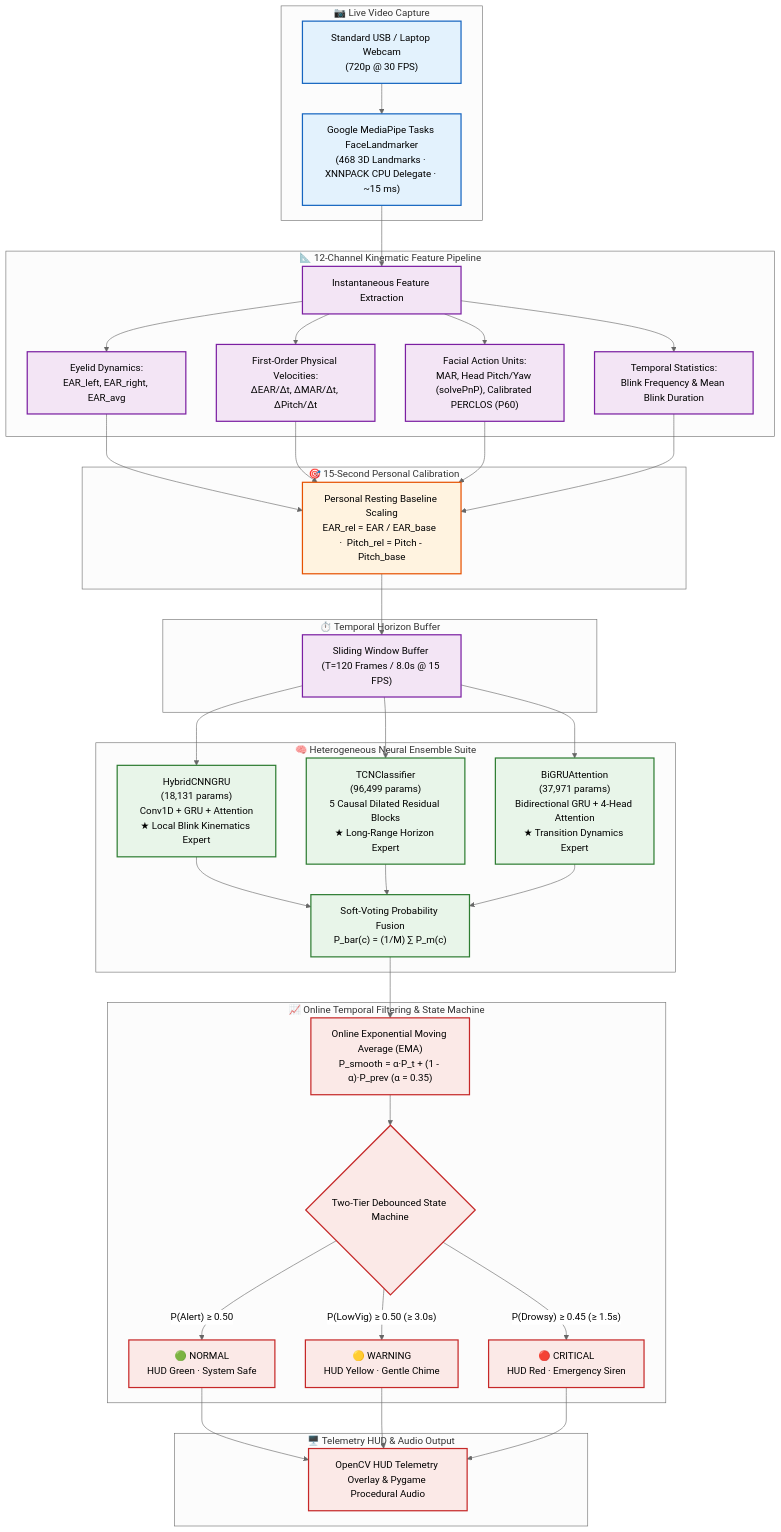
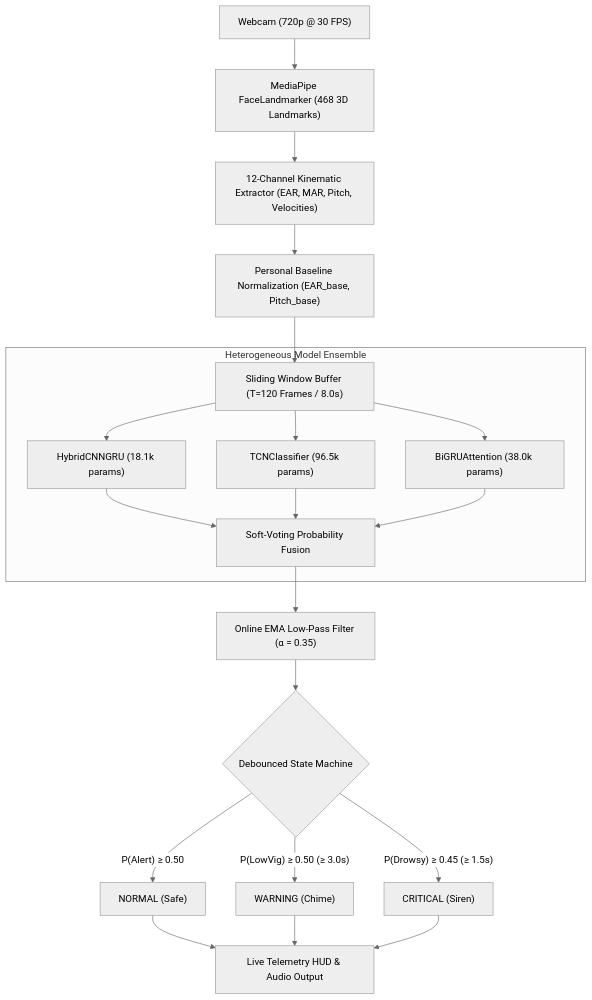
One commit to zoro1126/ALERT changed the first of 3 diagrams in README.md. Above: the diagram before and after it, drawn with Mermaid (neutral theme). The commit also changed other lines of this file, not shown here.

Commit message:
style(readme): simplify mermaid diagrams and remove custom colors

````diff
--- a/README.md
+++ b/README.md
@@ -66,53 +66,23 @@
 ```mermaid
 flowchart TD
-    subgraph SENSOR [" 📷 Live Video Capture "]
-        CAM["Standard USB / Laptop Webcam<br>(720p @ 30 FPS)"] --> MP["Google MediaPipe Tasks FaceLandmarker<br>(468 3D Landmarks · XNNPACK CPU Delegate · ~15 ms)"]
+    CAM["Webcam (720p @ 30 FPS)"] --> MP["MediaPipe FaceLandmarker (468 3D Landmarks)"]
+    MP --> FEAT["12-Channel Kinematic Extractor (EAR, MAR, Pitch, Velocities)"]
+    FEAT --> CAL["Personal Baseline Normalization (EAR_base, Pitch_base)"]
+    CAL --> BUF["Sliding Window Buffer (T=120 Frames / 8.0s)"]
+    
+    subgraph Ensemble ["Heterogeneous Model Ensemble"]
+        BUF --> M1["HybridCNNGRU (18.1k params)"]
+        BUF --> M2["TCNClassifier (96.5k params)"]
+        BUF --> M3["BiGRUAttention (38.0k params)"]
+        M1 & M2 & M3 --> FUSE["Soft-Voting Probability Fusion"]
     end
-
-    subgraph KINEMATICS [" 📐 12-Channel Kinematic Feature Pipeline "]
-        MP --> FEAT["Instantaneous Feature Extraction"]
-        FEAT --> K1["Eyelid Dynamics:<br>EAR_left, EAR_right, EAR_avg"]
-        FEAT --> K2["First-Order Physical Velocities:<br>ΔEAR/Δt, ΔMAR/Δt, ΔPitch/Δt"]
-        FEAT --> K3["Facial Action Units:<br>MAR, Head Pitch/Yaw (solvePnP), Calibrated PERCLOS (P60)"]
-        FEAT --> K4["Temporal Statistics:<br>Blink Frequency & Mean Blink Duration"]
-    end
-
-    subgraph CALIB [" 🎯 15-Second Personal Calibration "]
-        K1 & K2 & K3 & K4 --> NORM["Personal Resting Baseline Scaling<br>EAR_rel = EAR / EAR_base  ·  Pitch_rel = Pitch - Pitch_base"]
-    end
-
-    subgraph BUFFER [" ⏱️ Temporal Horizon Buffer "]
-        NORM --> BUF["Sliding Window Buffer (T=120 Frames / 8.0s @ 15 FPS)"]
-    end
-
-    subgraph ENSEMBLE [" 🧠 Heterogeneous Neural Ensemble Suite "]
-        BUF --> M1["HybridCNNGRU<br>(18,131 params)<br>Conv1D + GRU + Attention<br>★ Local Blink Kinematics Expert"]
-        BUF --> M2["TCNClassifier<br>(96,499 params)<br>5 Causal Dilated Residual Blocks<br>★ Long-Range Horizon Expert"]
-        BUF --> M3["BiGRUAttention<br>(37,971 params)<br>Bidirectional GRU + 4-Head Attention<br>★ Transition Dynamics Expert"]
-        M1 & M2 & M3 --> FUSE["Soft-Voting Probability Fusion<br>P_bar(c) = (1/M) ∑ P_m(c)"]
-    end
-
-    subgraph FILTER [" 📈 Online Temporal Filtering & State Machine "]
-        FUSE --> EMA["Online Exponential Moving Average (EMA)<br>P_smooth = α·P_t + (1 - α)·P_prev (α = 0.35)"]
-        EMA --> SM{"Two-Tier Debounced State Machine"}
-        SM -->|"P(Alert) ≥ 0.50"| ST1["🟢 NORMAL<br>HUD Green · System Safe"]
-        SM -->|"P(LowVig) ≥ 0.50 (≥ 3.0s)"| ST2["🟡 WARNING<br>HUD Yellow · Gentle Chime"]
-        SM -->|"P(Drowsy) ≥ 0.45 (≥ 1.5s)"| ST3["🔴 CRITICAL<br>HUD Red · Emergency Siren"]
-    end
-
-    subgraph OUTPUT [" 🖥️ Telemetry HUD & Audio Output "]
-        ST1 & ST2 & ST3 --> HUD["OpenCV HUD Telemetry Overlay & Pygame Procedural Audio"]
-    end
-
-    classDef sensor fill:#e3f2fd,stroke:#1565c0,stroke-width:2px;
-    classDef feature fill:#f3e5f5,stroke:#7b1fa2,stroke-width:2px;
-    classDef calib fill:#fff3e0,stroke:#e65100,stroke-width:2px;
-    classDef ensemble fill:#e8f5e9,stroke:#2e7d32,stroke-width:2px;
-    classDef state fill:#fbe9e7,stroke:#c62828,stroke-width:2px;
-
-    class CAM,MP sensor;
-    class FEAT,K1,K2,K3,K4,BUF feature;
-    class NORM calib;
-    class M1,M2,M3,FUSE ensemble;
-    class EMA,SM,ST1,ST2,ST3,HUD state;
+    
+    FUSE --> EMA["Online EMA Low-Pass Filter (α = 0.35)"]
+    EMA --> SM{"Debounced State Machine"}
+    
+    SM -->|"P(Alert) ≥ 0.50"| ST1["NORMAL (Safe)"]
+    SM -->|"P(LowVig) ≥ 0.50 (≥ 3.0s)"| ST2["WARNING (Chime)"]
+    SM -->|"P(Drowsy) ≥ 0.45 (≥ 1.5s)"| ST3["CRITICAL (Siren)"]
+    
+    ST1 & ST2 & ST3 --> OUT["Live Telemetry HUD & Audio Output"]
 ```
````
